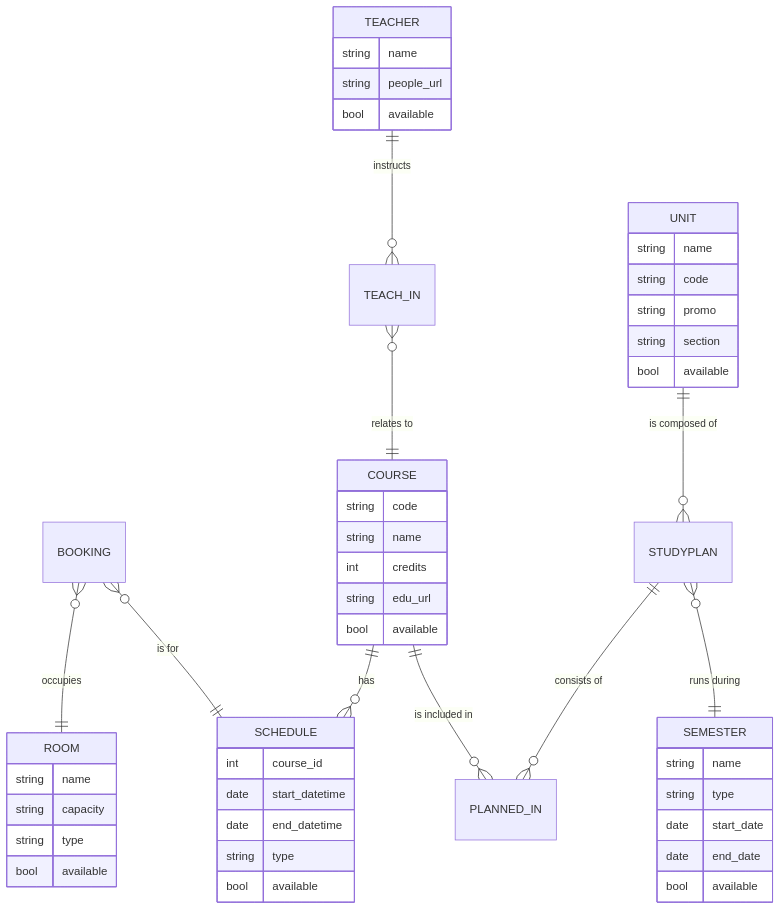
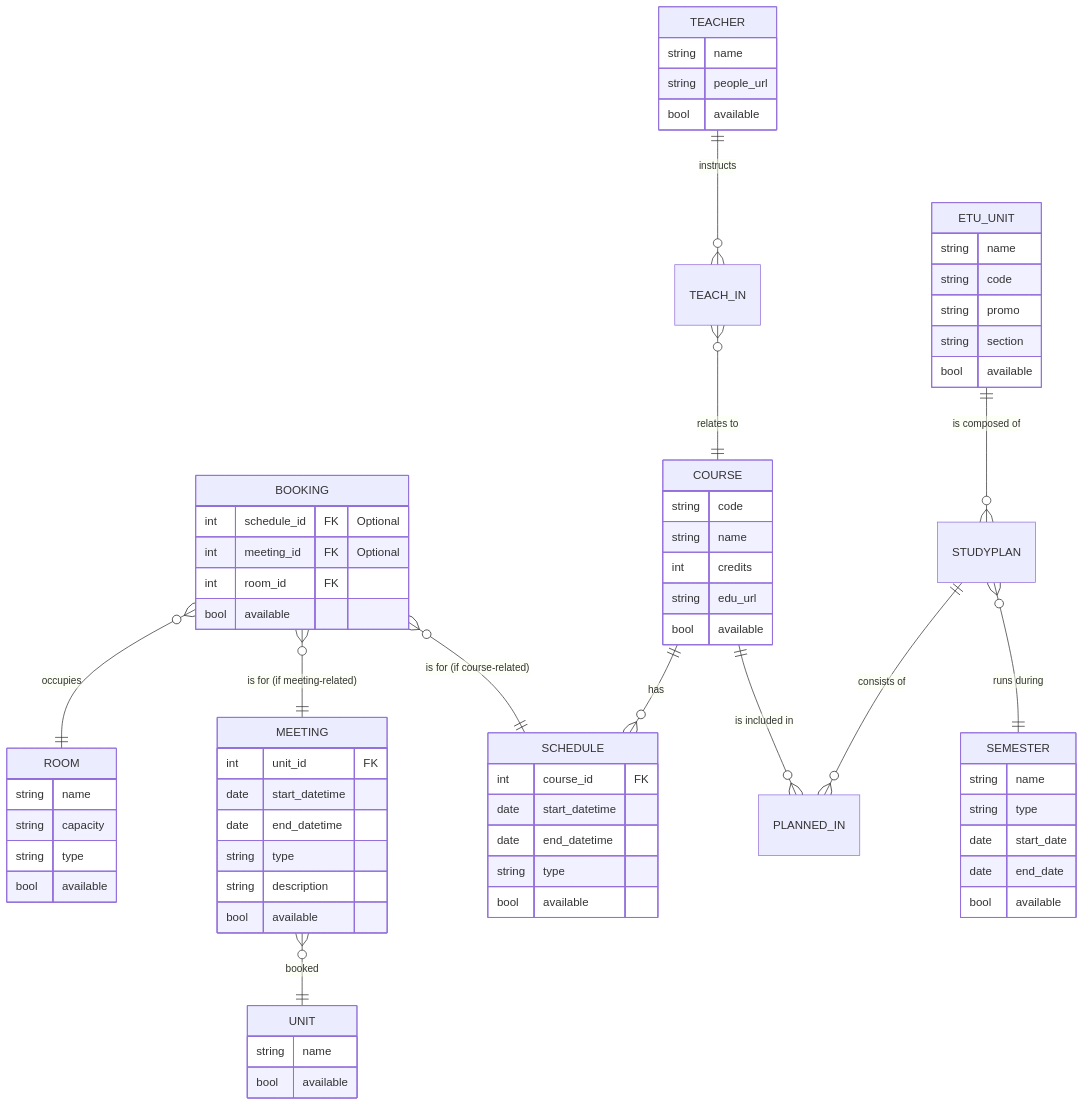
One commit to antoninfaure/occupancy-epfl changed the diagram in README.md. Above: the diagram before and after it, drawn with Mermaid.

````diff
--- a/README.md
+++ b/README.md
@@ -38,24 +38,49 @@
 ```mermaid
 erDiagram
-    BOOKING }o--|| SCHEDULE : "is for"
     BOOKING }o--|| ROOM : "occupies"
+    BOOKING }o--|| MEETING : "is for (if meeting-related)"
+    BOOKING }o--|| SCHEDULE : "is for (if course-related)"
     COURSE ||--o{ SCHEDULE : "has"
     TEACH_IN }o--|| COURSE : "relates to"
     TEACHER ||--o{ TEACH_IN: "instructs"
     COURSE ||--o{ PLANNED_IN : "is included in"
     STUDYPLAN ||--o{ PLANNED_IN : "consists of"
     STUDYPLAN }o--|| SEMESTER : "runs during"
-    UNIT ||--o{ STUDYPLAN : "is composed of"
-    
+    ETU_UNIT ||--o{ STUDYPLAN : "is composed of"
+    MEETING }o--|| UNIT : "booked"
+
+
+
+    UNIT {
+      string name
+      bool available
+    }
+
+    BOOKING {
+        int schedule_id FK "Optional"
+        int meeting_id FK "Optional"
+        int room_id FK
+        bool available
+    }
+
+    MEETING {
+        int unit_id FK
+        date start_datetime
+        date end_datetime
+        string type
+        string description
+        bool available
+    }
+
     ROOM {
         string name
         string capacity
         string type
         bool available
     }
-    
+
     SCHEDULE {
-        int course_id
+        int course_id FK
         date start_datetime
         date end_datetime
         string type
@@ -79,7 +104,7 @@
         bool available
     }
 
-    UNIT {
+    ETU_UNIT {
         string name
         string code
         string promo
````
